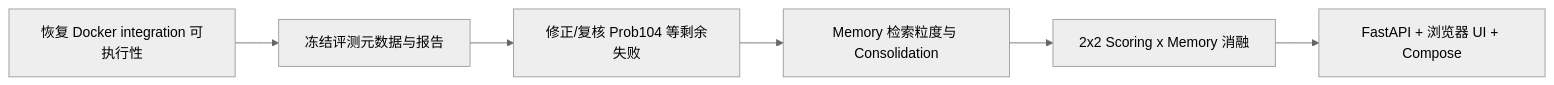
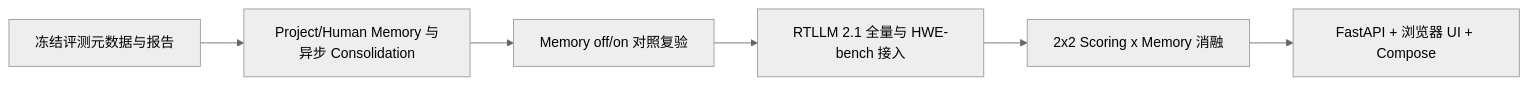
One commit to MANTOKA/RTLForge changed the third of 3 diagrams in docs/CURRENT_PROGRESS_ZH.md. Above: the diagram before and after it, drawn with Mermaid (neutral theme). The commit also changed other lines of this file and 89 other files, not shown here.

````diff
--- a/docs/CURRENT_PROGRESS_ZH.md
+++ b/docs/CURRENT_PROGRESS_ZH.md
@@ -113,8 +150,8 @@
 ```mermaid
 flowchart LR
-    A[恢复 Docker integration 可执行性] --> B[冻结评测元数据与报告]
-    B --> C[修正/复核 Prob104 等剩余失败]
-    C --> D[Memory 检索粒度与 Consolidation]
+    A[冻结评测元数据与报告] --> B[Project/Human Memory 与异步 Consolidation]
+    B --> C[Memory off/on 对照复验]
+    C --> D[RTLLM 2.1 全量与 HWE-bench 接入]
     D --> E[2x2 Scoring x Memory 消融]
     E --> F[FastAPI + 浏览器 UI + Compose]
 ```
````
